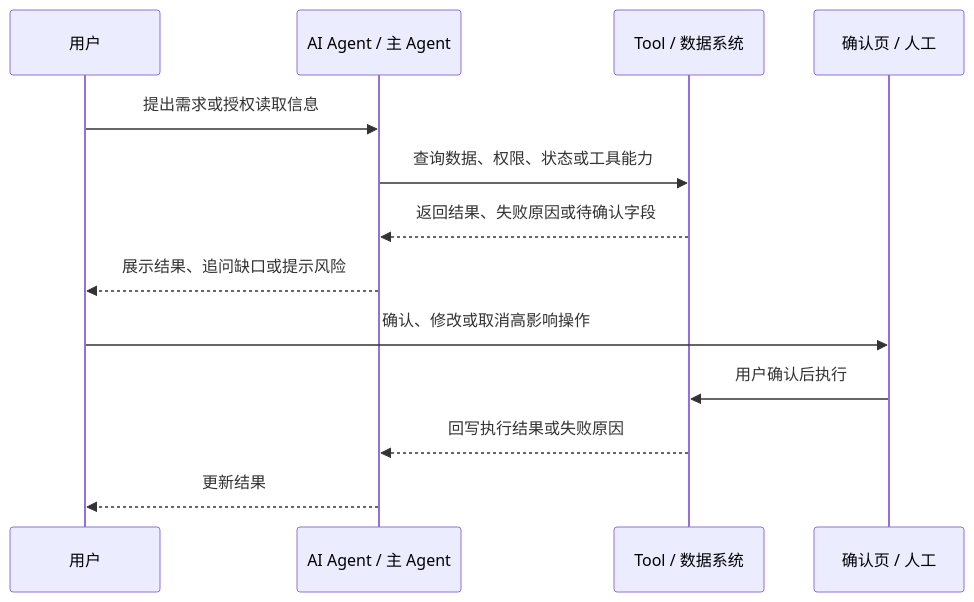
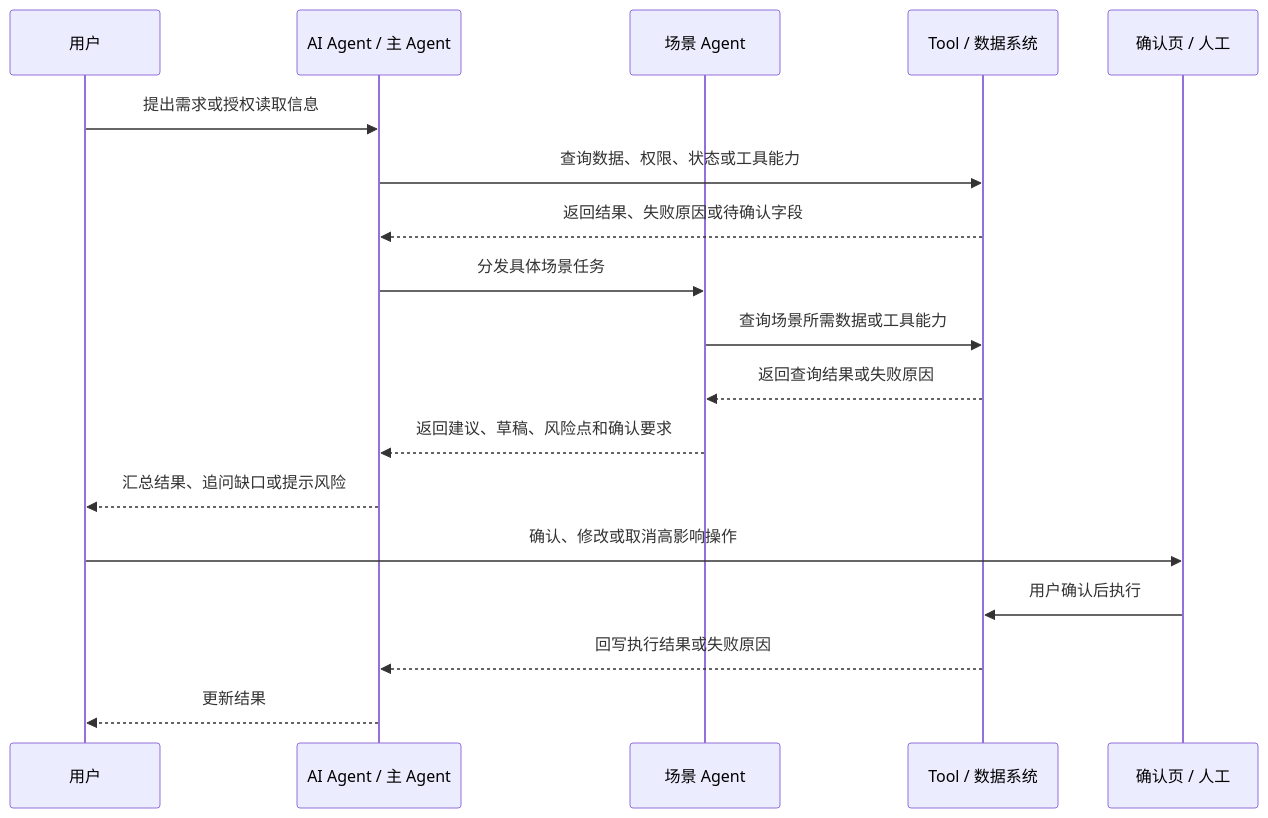
Before and after one commit to karrkwong/Agent-Prd-Writer-zh: the diagram in SKILL.md, drawn with Mermaid. The commit also changed other lines of this file, not shown here.

````diff
--- a/SKILL.md
+++ b/SKILL.md
@@ -172,16 +150,21 @@
 ```mermaid
 sequenceDiagram
   participant U as 用户
   participant A as AI Agent / 主 Agent
+  participant S as 场景 Agent
   participant T as Tool / 数据系统
   participant C as 确认页 / 人工
 
   U->>A: 提出需求或授权读取信息
   A->>T: 查询数据、权限、状态或工具能力
   T-->>A: 返回结果、失败原因或待确认字段
-  A-->>U: 展示结果、追问缺口或提示风险
+  A->>S: 分发具体场景任务
+  S->>T: 查询场景所需数据或工具能力
+  T-->>S: 返回查询结果或失败原因
+  S-->>A: 返回建议、草稿、风险点和确认要求
+  A-->>U: 汇总结果、追问缺口或提示风险
   U->>C: 确认、修改或取消高影响操作
   C->>T: 用户确认后执行
   T-->>A: 回写执行结果或失败原因
   A-->>U: 更新结果
 ```
````
